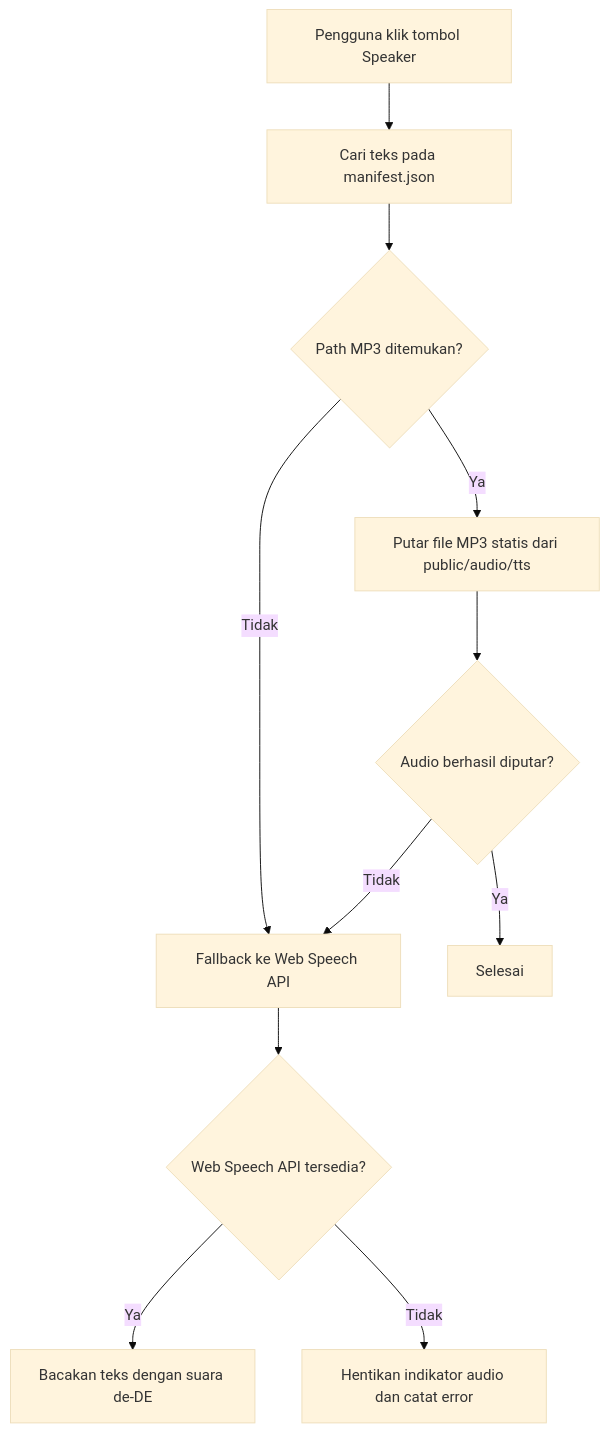
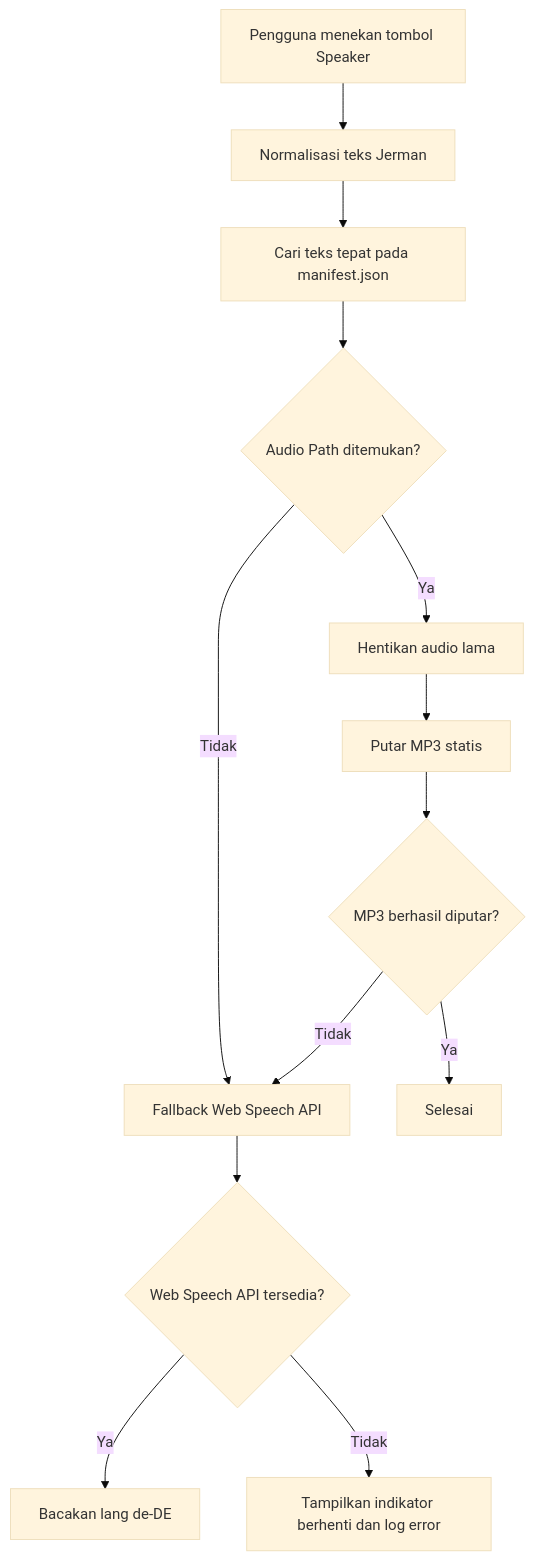
The seventh of 9 diagrams in FLOWCHART.md (nandayudhistirawibowo/NdUniverse), drawn with Mermaid (base theme) before and after one commit. The commit also changed other lines of this file and 3 other files, not shown here.

````diff
--- a/FLOWCHART.md
+++ b/FLOWCHART.md
@@ -63,13 +136,15 @@
 ```mermaid
 flowchart TD
-    A[Pengguna klik tombol Speaker] --> B[Cari teks pada manifest.json]
-    B --> C{Path MP3 ditemukan?}
-    C -->|Ya| D[Putar file MP3 statis dari public/audio/tts]
-    C -->|Tidak| E[Fallback ke Web Speech API]
-    D --> F{Audio berhasil diputar?}
-    F -->|Ya| G[Selesai]
-    F -->|Tidak| E
-    E --> H{Web Speech API tersedia?}
-    H -->|Ya| I[Bacakan teks dengan suara de-DE]
-    H -->|Tidak| J[Hentikan indikator audio dan catat error]
+    A[Pengguna menekan tombol Speaker] --> B[Normalisasi teks Jerman]
+    B --> C[Cari teks tepat pada manifest.json]
+    C --> D{Audio Path ditemukan?}
+    D -->|Tidak| E[Fallback Web Speech API]
+    D -->|Ya| F[Hentikan audio lama]
+    F --> G[Putar MP3 statis]
+    G --> H{MP3 berhasil diputar?}
+    H -->|Ya| I[Selesai]
+    H -->|Tidak| E
+    E --> J{Web Speech API tersedia?}
+    J -->|Ya| K[Bacakan lang de-DE]
+    J -->|Tidak| L[Tampilkan indikator berhenti dan log error]
 ```
````
